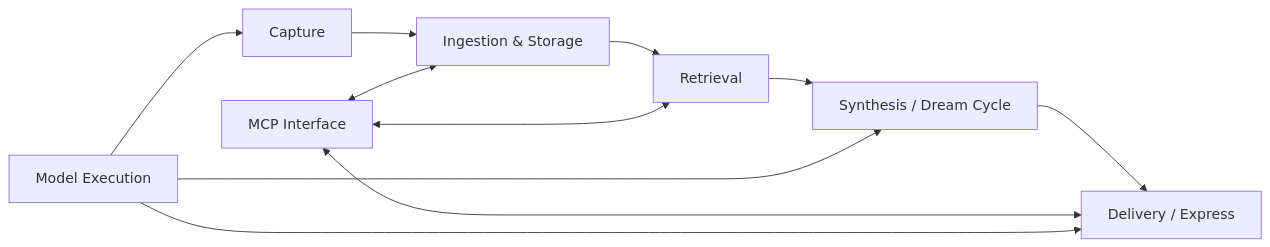
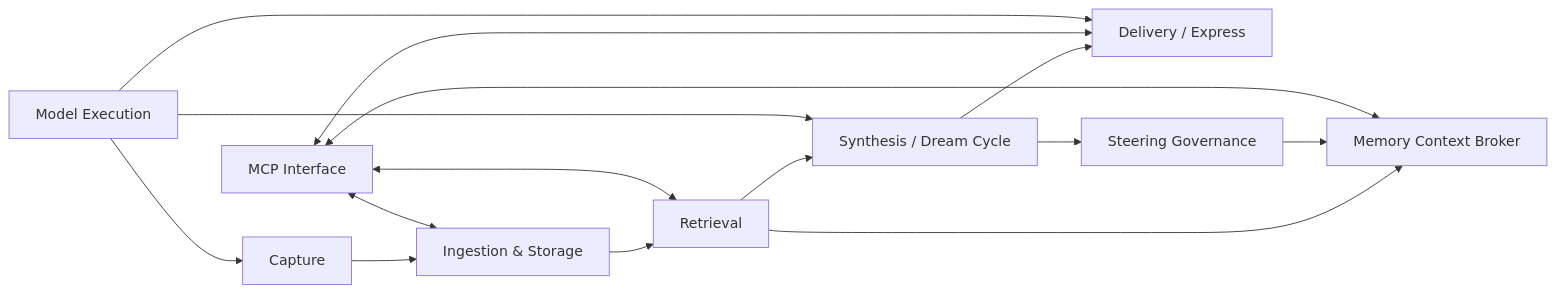
Before and after one commit to Kerr1st/Second-Brain: the diagram in docs/components/index.md, drawn with Mermaid. The commit also changed other lines of this file and 17 other files, not shown here.

````diff
--- a/docs/components/index.md
+++ b/docs/components/index.md
@@ -28,14 +28,18 @@
 ```mermaid
 flowchart LR
     Capture["Capture"] --> Store["Ingestion & Storage"]
     Store --> Retrieval["Retrieval"]
     Retrieval --> Synthesis["Synthesis / Dream Cycle"]
     Synthesis --> Delivery["Delivery / Express"]
+    Retrieval --> Context["Memory Context Broker"]
+    Synthesis --> Governance["Steering Governance"]
+    Governance --> Context
 
     MCP["MCP Interface"] <--> Store
     MCP <--> Retrieval
     MCP <--> Delivery
+    MCP <--> Context
     Models["Model Execution"] --> Capture
     Models --> Synthesis
     Models --> Delivery
 ```
````
